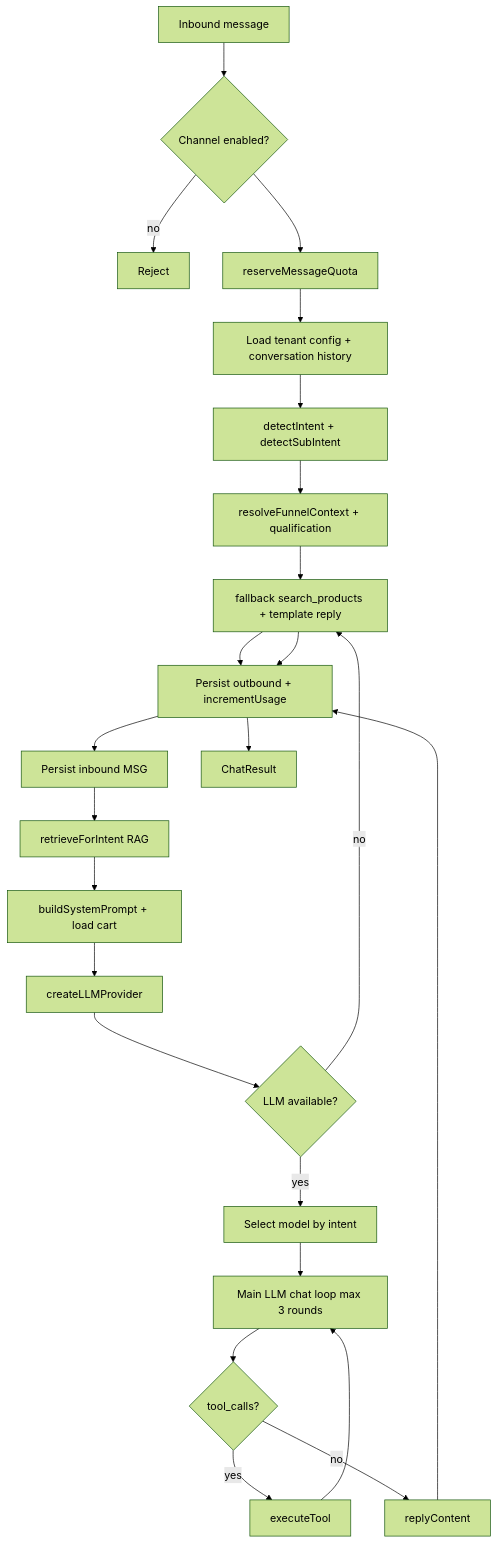
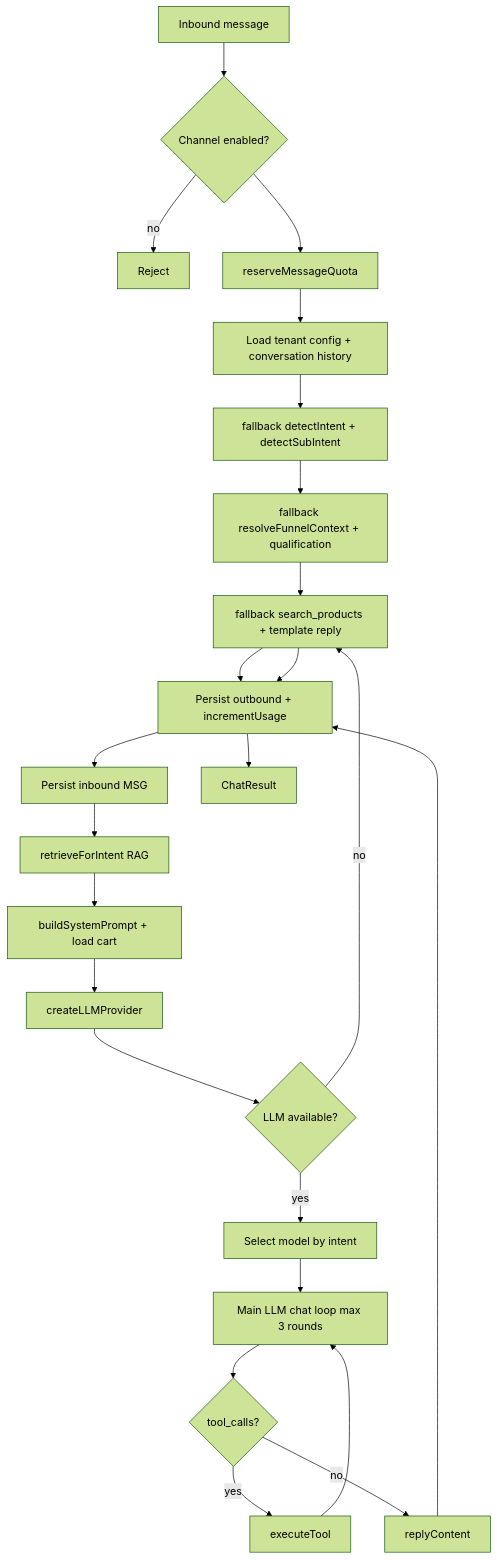
One commit to manikya/chat-bot changed the third of 4 diagrams in docs/functions/03-chat-orchestration.md. Above: the diagram before and after it, drawn with Mermaid (forest theme). The commit also changed other lines of this file and 19 other files, not shown here.

First line of the commit message:
Improve LLM-led chat continuation and deployment flow

````diff
--- a/docs/functions/03-chat-orchestration.md
+++ b/docs/functions/03-chat-orchestration.md
@@ -60,26 +60,26 @@
 ```mermaid
 flowchart TD
   A[Inbound message] --> B{Channel enabled?}
   B -->|no| X[Reject]
   B --> C[reserveMessageQuota]
   C --> D[Load tenant config + conversation history]
-  D --> E[detectIntent + detectSubIntent]
-  E --> E2[resolveFunnelContext + qualification]
+  D --> E[fallback detectIntent + detectSubIntent]
+  E --> E2[fallback resolveFunnelContext + qualification]
   E2 --> P[runSalesPlanner JSON call]
   P --> Q[Merge deterministic + grounded planner slots]
   Q --> F[Persist inbound MSG]
   F --> G[retrieveForIntent RAG]
   G --> H[buildSystemPrompt + load cart]
   H --> I[createLLMProvider]
   I --> J{LLM available?}
   J -->|yes| K[Select model by intent]
   K --> L[Main LLM chat loop max 3 rounds]
   L --> M{tool_calls?}
   M -->|yes| N[executeTool]
   N --> L
   M -->|no| O[replyContent]
   J -->|no| P[fallback search_products + template reply]
   O --> Q[Persist outbound + incrementUsage]
   P --> Q
   Q --> R[ChatResult]
 ```
````
